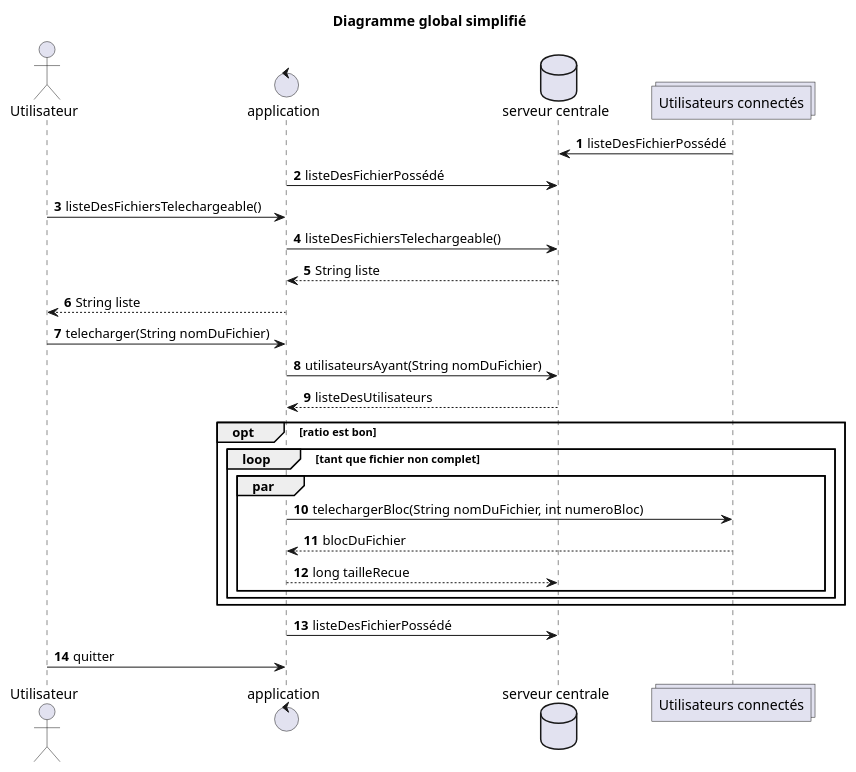
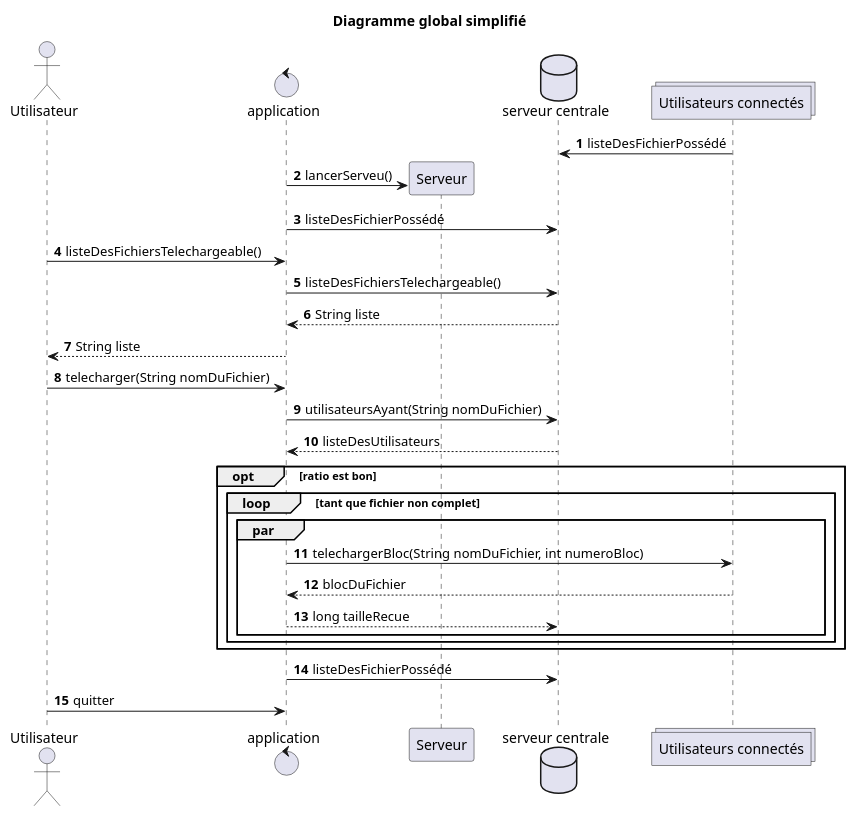
The diagram in docs/UML/source/diagramme_sequence_global.puml (sebastienPoussard/p2p_stri), drawn with PlantUML before and after one commit.

Commit message:
UML correction

```diff
--- a/docs/UML/source/diagramme_sequence_global.puml
+++ b/docs/UML/source/diagramme_sequence_global.puml
@@ -1,36 +1,38 @@
 @startuml
 
 'acteurs
-actor "Utilisateur" as u
-control "application" as a
-database "serveur centrale" as d
-collections "Utilisateurs connectés" as u2
+actor "Utilisateur" as u order 1
+control "application" as a order 2
+database "serveur centrale" as d order 4
+collections "Utilisateurs connectés" as u2 order 5
 
 'parametres
 title Diagramme global simplifié
 autonumber 
 
 'actions
 u2 -> d : listeDesFichierPossédé
+create "Serveur" as s order 3
+a -> s : lancerServeu()
 a -> d : listeDesFichierPossédé
 u -> a : listeDesFichiersTelechargeable()
 a -> d : listeDesFichiersTelechargeable()
 d --> a : String liste
 a --> u : String liste
 u -> a : telecharger(String nomDuFichier)
 a -> d : utilisateursAyant(String nomDuFichier)
 d --> a : listeDesUtilisateurs
 opt ratio est bon
     loop tant que fichier non complet
         par 
             a -> u2 : telechargerBloc(String nomDuFichier, int numeroBloc)
             u2 --> a : blocDuFichier
             a --> d : long tailleRecue
         end
     end
 end
 a -> d : listeDesFichierPossédé
 u -> a : quitter
 
 
 @enduml
```
